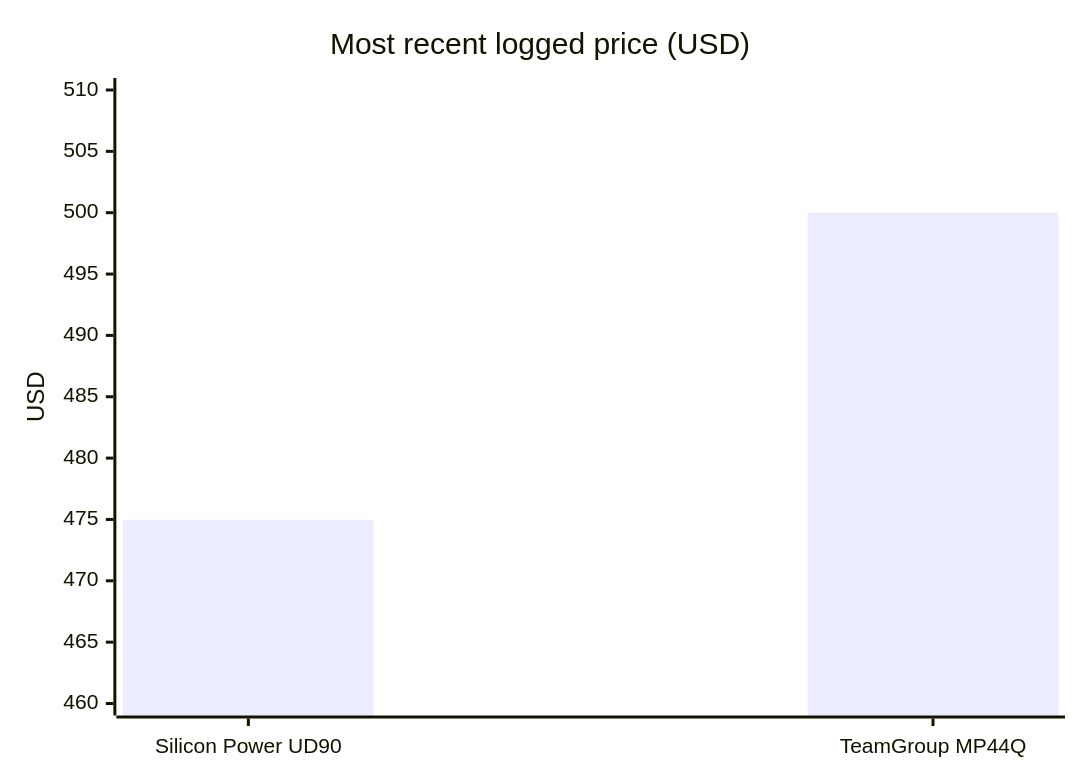
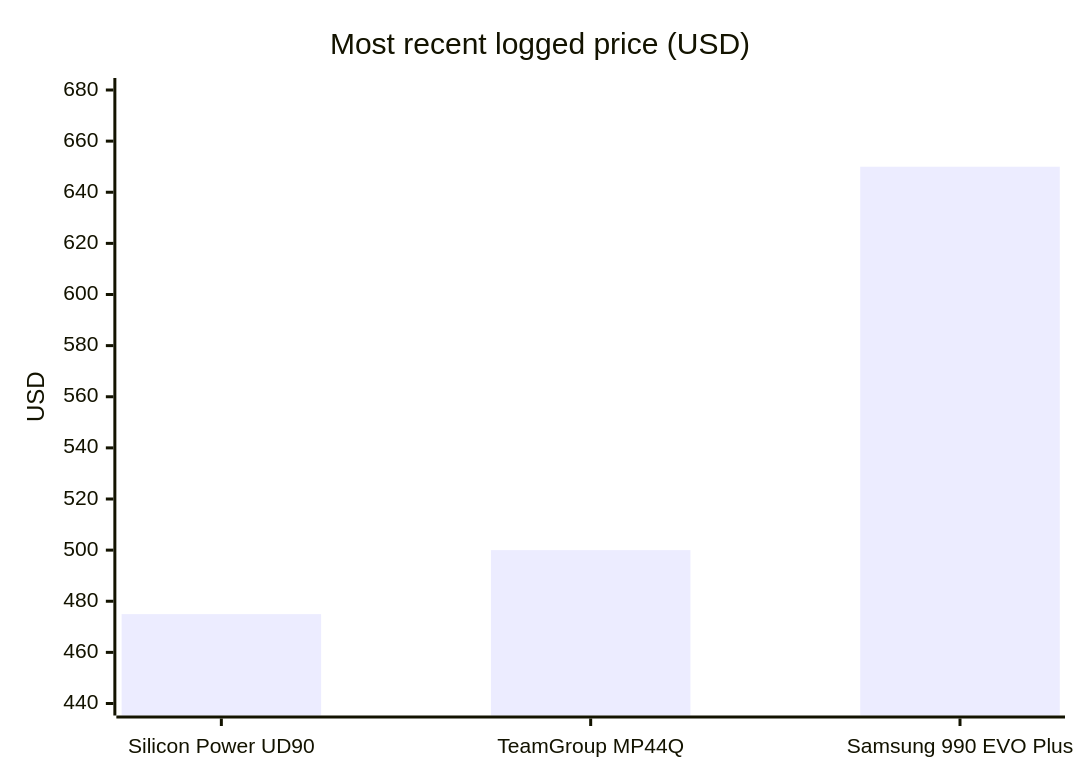
Before and after one commit to 7324136828/4tb_ssd_price_watch: the second of 4 diagrams in README.md, drawn with Mermaid. The commit also changed other lines of this file and 1 other file, not shown here.

````diff
--- a/README.md
+++ b/README.md
@@ -27,7 +34,7 @@
 ```mermaid
 xychart-beta
     title "Most recent logged price (USD)"
-    x-axis ["Silicon Power UD90", "TeamGroup MP44Q"]
-    y-axis "USD" 460 --> 510
-    bar [474.97, 499.99]
+    x-axis ["Silicon Power UD90", "TeamGroup MP44Q", "Samsung 990 EVO Plus"]
+    y-axis "USD" 440 --> 680
+    bar [474.97, 499.99, 649.99]
 ```
````
